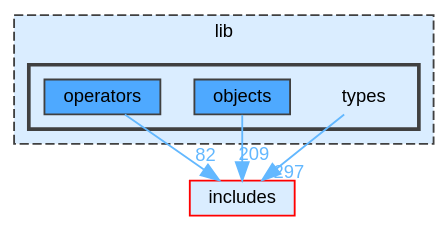
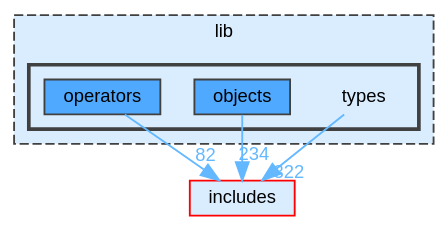
One commit to JS-CMP/JS-CMP changed the diagram in dir_560694f03ee5bf1136d79e4f1ca1ca37_dep.dot. Above: the diagram before and after it, drawn with Graphviz. The commit also changed 308 other files, not shown here.

```diff
--- a/dir_560694f03ee5bf1136d79e4f1ca1ca37_dep.dot
+++ b/dir_560694f03ee5bf1136d79e4f1ca1ca37_dep.dot
@@ -1,21 +1,21 @@
 digraph "lib/types"
 {
  // LATEX_PDF_SIZE
   bgcolor="transparent";
   edge [fontname=Helvetica,fontsize=10,labelfontname=Helvetica,labelfontsize=10];
   node [fontname=Helvetica,fontsize=10,shape=box,height=0.2,width=0.4];
   compound=true
   subgraph clusterdir_97aefd0d527b934f1d99a682da8fe6a9 {
     graph [ bgcolor="#daedff", pencolor="grey25", label="lib", fontname=Helvetica,fontsize=10 style="filled,dashed", URL="dir_97aefd0d527b934f1d99a682da8fe6a9.html",tooltip=""]
   subgraph clusterdir_560694f03ee5bf1136d79e4f1ca1ca37 {
     graph [ bgcolor="#daedff", pencolor="grey25", label="", fontname=Helvetica,fontsize=10 style="filled,bold", URL="dir_560694f03ee5bf1136d79e4f1ca1ca37.html",tooltip=""]
     dir_560694f03ee5bf1136d79e4f1ca1ca37 [shape=plaintext, label="types"];
   dir_5cf2d1decf7560474321a2736fa1e755 [label="objects", fillcolor="#4ea9ff", color="grey25", style="filled", URL="dir_5cf2d1decf7560474321a2736fa1e755.html",tooltip=""];
   dir_cc8d397db54d25297def3a698c833207 [label="operators", fillcolor="#4ea9ff", color="grey25", style="filled", URL="dir_cc8d397db54d25297def3a698c833207.html",tooltip=""];
   }
   }
   dir_09e761304027c904456130627fd4dcf5 [label="includes", fillcolor="#daedff", color="red", style="filled", URL="dir_09e761304027c904456130627fd4dcf5.html",tooltip=""];
-  dir_560694f03ee5bf1136d79e4f1ca1ca37->dir_09e761304027c904456130627fd4dcf5 [headlabel="297", labeldistance=1.5 headhref="dir_000044_000019.html" href="dir_000044_000019.html" color="steelblue1" fontcolor="steelblue1"];
-  dir_5cf2d1decf7560474321a2736fa1e755->dir_09e761304027c904456130627fd4dcf5 [headlabel="209", labeldistance=1.5 headhref="dir_000032_000019.html" href="dir_000032_000019.html" color="steelblue1" fontcolor="steelblue1"];
-  dir_cc8d397db54d25297def3a698c833207->dir_09e761304027c904456130627fd4dcf5 [headlabel="82", labeldistance=1.5 headhref="dir_000033_000019.html" href="dir_000033_000019.html" color="steelblue1" fontcolor="steelblue1"];
+  dir_560694f03ee5bf1136d79e4f1ca1ca37->dir_09e761304027c904456130627fd4dcf5 [headlabel="322", labeldistance=1.5 headhref="dir_000045_000020.html" href="dir_000045_000020.html" color="steelblue1" fontcolor="steelblue1"];
+  dir_5cf2d1decf7560474321a2736fa1e755->dir_09e761304027c904456130627fd4dcf5 [headlabel="234", labeldistance=1.5 headhref="dir_000033_000020.html" href="dir_000033_000020.html" color="steelblue1" fontcolor="steelblue1"];
+  dir_cc8d397db54d25297def3a698c833207->dir_09e761304027c904456130627fd4dcf5 [headlabel="82", labeldistance=1.5 headhref="dir_000034_000020.html" href="dir_000034_000020.html" color="steelblue1" fontcolor="steelblue1"];
 }
```
